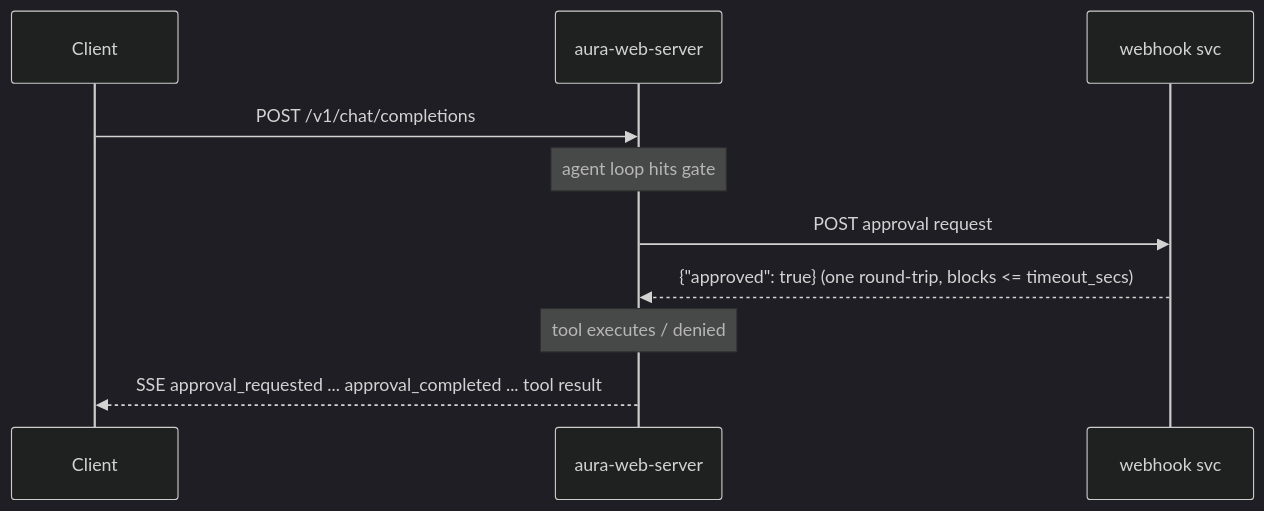
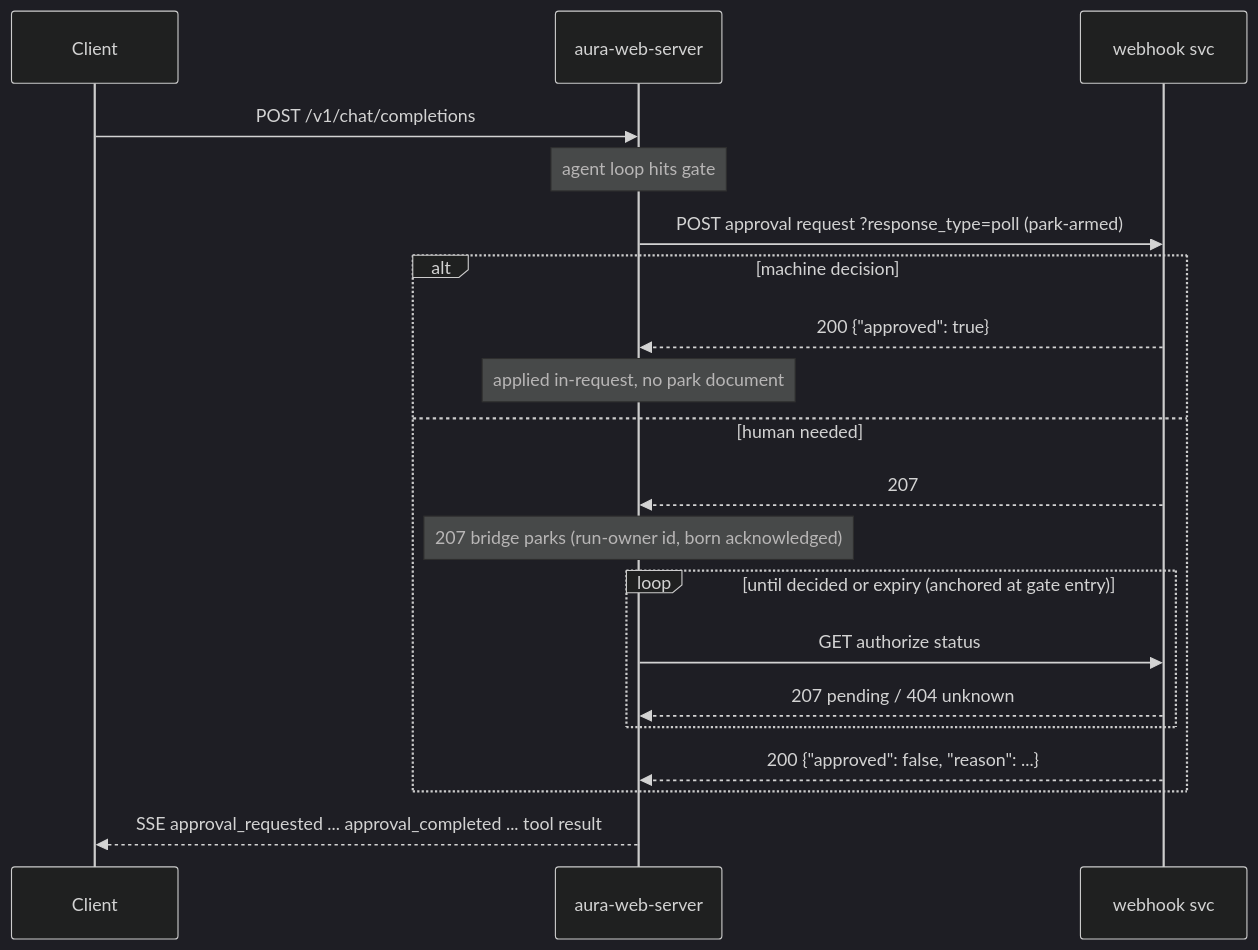
Before and after one commit to mezmo/aura: the first of 3 diagrams in docs/design/hitl.md, drawn with Mermaid (dark theme). The commit also changed other lines of this file and 1 other file, not shown here.

````diff
--- a/docs/design/hitl.md
+++ b/docs/design/hitl.md
@@ -35,12 +48,22 @@
 ```mermaid
 sequenceDiagram
     participant C as Client
     participant S as aura-web-server
     participant W as webhook svc
     C->>S: POST /v1/chat/completions
     Note over S: agent loop hits gate
-    S->>W: POST approval request
-    W-->>S: {"approved": true} (one round-trip, blocks <= timeout_secs)
-    Note over S: tool executes / denied
+    S->>W: POST approval request ?response_type=poll (park-armed)
+    alt machine decision
+        W-->>S: 200 {"approved": true}
+        Note over S: applied in-request, no park document
+    else human needed
+        W-->>S: 207
+        Note over S: 207 bridge parks (run-owner id, born acknowledged)
+        loop until decided or expiry (anchored at gate entry)
+            S->>W: GET authorize status
+            W-->>S: 207 pending / 404 unknown
+        end
+        W-->>S: 200 {"approved": false, "reason": ...}
+    end
     S-->>C: SSE approval_requested ... approval_completed ... tool result
 ```
````
